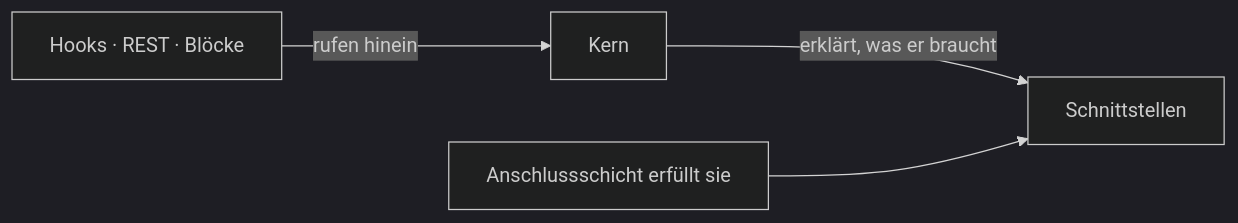
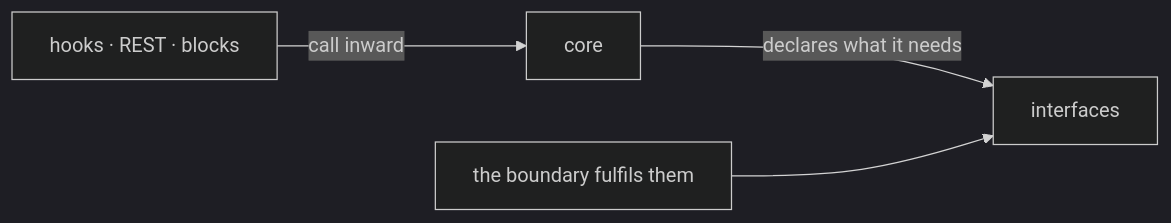
Before and after one commit to sfambach/wp-taxonomy-modeler: the diagram in docs/NewConcept/00-vision-and-scope.md, drawn with Mermaid (dark theme). The commit also changed 4 other files, not shown here.

First line of the commit message:
Diagramme auf Englisch, Sachnamen bleiben

````diff
--- a/docs/NewConcept/00-vision-and-scope.md
+++ b/docs/NewConcept/00-vision-and-scope.md
@@ -65,6 +65,6 @@
 ```mermaid
 flowchart LR
-  H["Hooks · REST · Blöcke"] -->|rufen hinein| C["Kern"]
-  C -->|erklärt, was er braucht| I["Schnittstellen"]
-  W["Anschlussschicht erfüllt sie"] --> I
+  H["hooks · REST · blocks"] -->|call inward| C["core"]
+  C -->|declares what it needs| I["interfaces"]
+  W["the boundary fulfils them"] --> I
 ```
````
